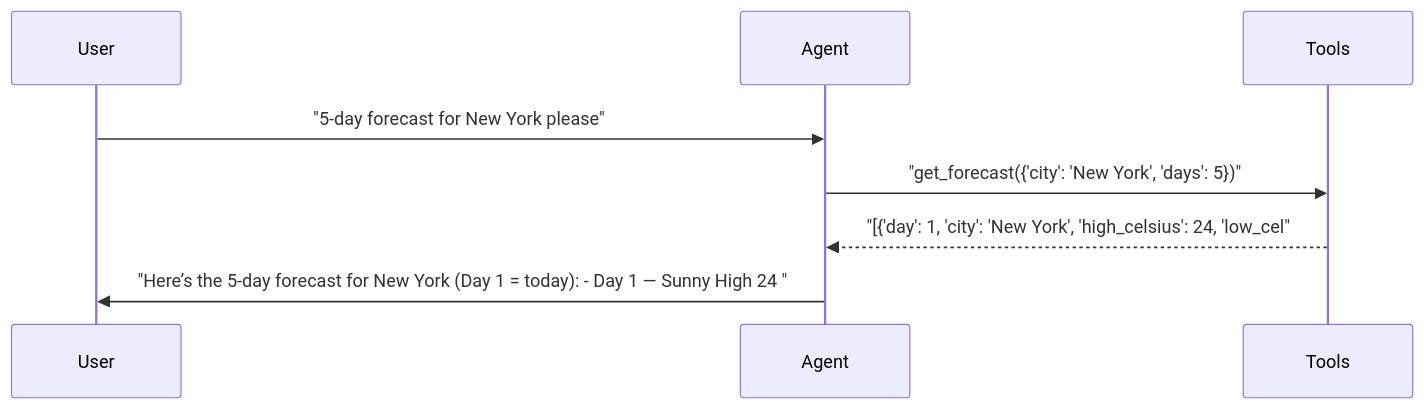
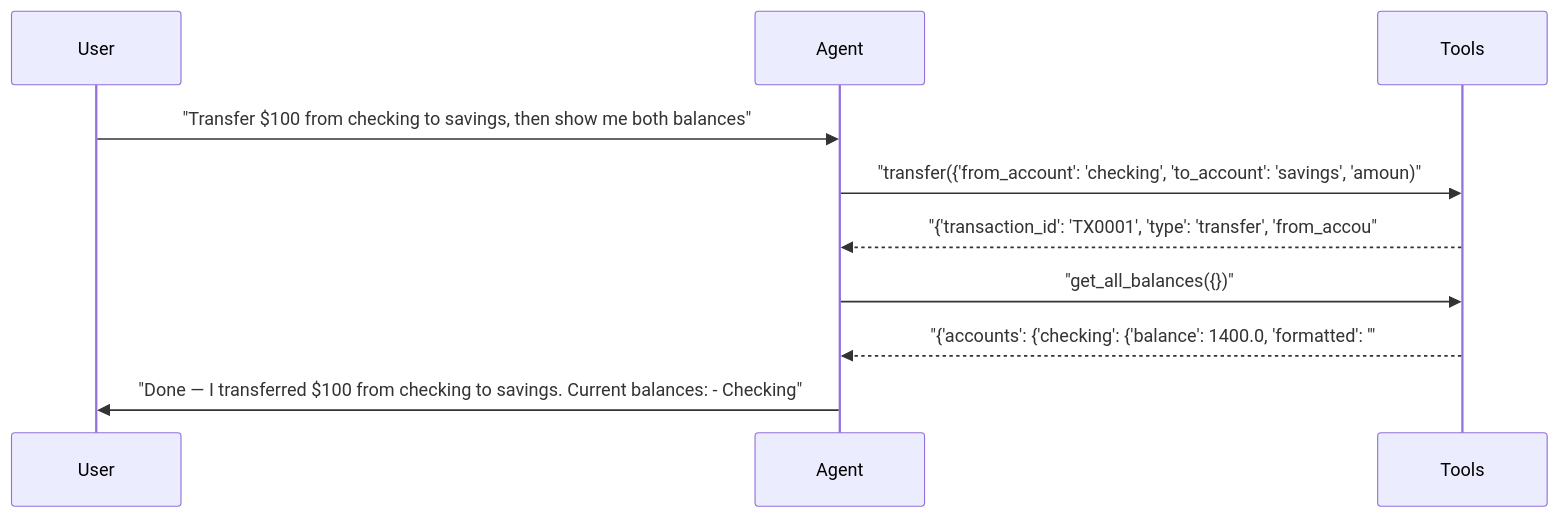
One commit to sbroenne/pytest-aitest changed the third of 6 diagrams in docs/reports/02_multi_agent.md. Above: the diagram before and after it, drawn with Mermaid. The commit also changed other lines of this file and 132 other files, not shown here.

````diff
--- a/docs/reports/02_multi_agent.md
+++ b/docs/reports/02_multi_agent.md
@@ -206,11 +204,13 @@
 ```mermaid
 sequenceDiagram
     participant User
     participant Agent
     participant Tools
 
-    User->>Agent: "5-day forecast for New York please"
-    Agent->>Tools: "get_forecast({'city': 'New York', 'days': 5})"
-    Tools-->>Agent: "[{'day': 1, 'city': 'New York', 'high_celsius': 24, 'low_cel"
-    Agent->>User: "Here’s the 5-day forecast for New York (Day 1 = today): - Day 1 — Sunny High 24 "
+    User->>Agent: "Transfer $100 from checking to savings, then show me both balances"
+    Agent->>Tools: "transfer({'from_account': 'checking', 'to_account': 'savings', 'amoun)"
+    Tools-->>Agent: "{'transaction_id': 'TX0001', 'type': 'transfer', 'from_accou"
+    Agent->>Tools: "get_all_balances({})"
+    Tools-->>Agent: "{'accounts': {'checking': {'balance': 1400.0, 'formatted': '"
+    Agent->>User: "Done — I transferred $100 from checking to savings. Current balances: - Checking"
 ```
````
